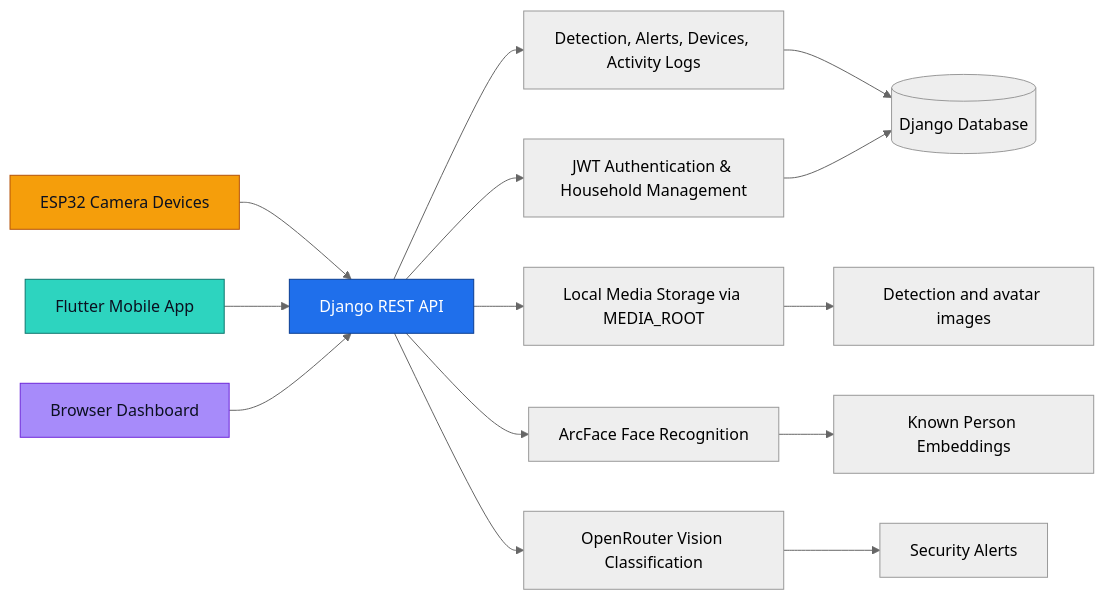
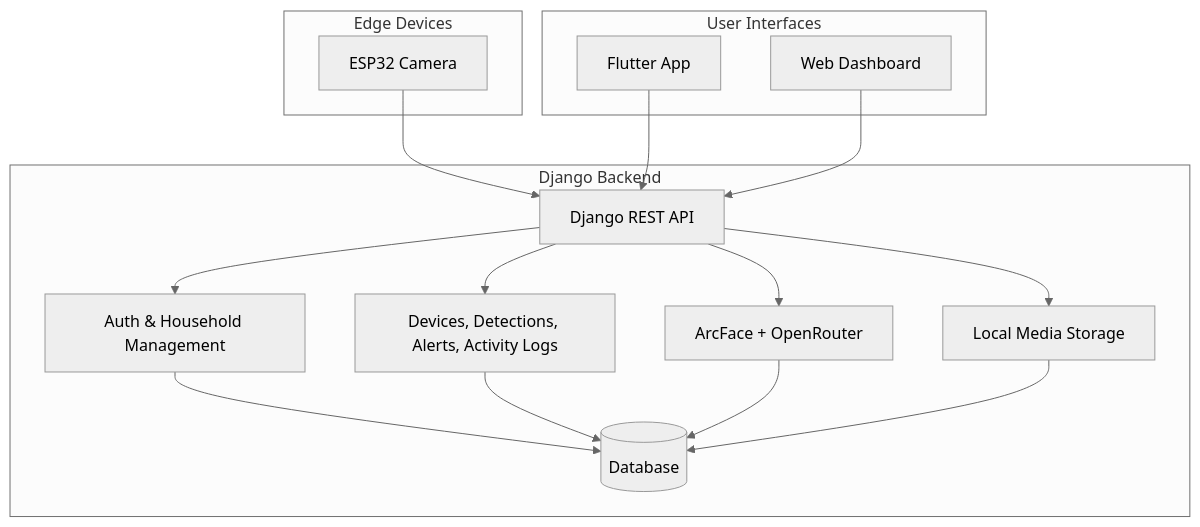
Before and after one commit to ShwetaYadav224/Home-Intrusion-System: the diagram in README.md, drawn with Mermaid (neutral theme). The commit also changed other lines of this file, not shown here.

````diff
--- a/README.md
+++ b/README.md
@@ -32,23 +15,34 @@
 ```mermaid
-flowchart LR
-    ESP32[ESP32 Camera Devices] --> API[Django REST API]
-    Flutter[Flutter Mobile App] --> API
-    Admin[Browser Dashboard] --> API
+flowchart TB
+    subgraph Edge[Edge Devices]
+        ESP32[ESP32 Camera]
+    end
 
-    API --> Auth[JWT Authentication & Household Management]
-    API --> Core[Detection, Alerts, Devices, Activity Logs]
-    API --> Media[Local Media Storage via MEDIA_ROOT]
-    API --> ArcFace[ArcFace Face Recognition]
-    API --> OpenRouter[OpenRouter Vision Classification]
+    subgraph Clients[User Interfaces]
+        Flutter[Flutter App]
+        Dashboard[Web Dashboard]
+    end
 
-    Core --> Database[(Django Database)]
-    Auth --> Database
-    ArcFace --> KnownPersons[Known Person Embeddings]
-    OpenRouter --> Alerts[Security Alerts]
-    Media --> Images[Detection and avatar images]
+    subgraph Backend[Django Backend]
+        API[Django REST API]
+        Auth[Auth & Household Management]
+        Security[Devices, Detections, Alerts, Activity Logs]
+        AI[ArcFace + OpenRouter]
+        Storage[Local Media Storage]
+        DB[(Database)]
+    end
 
-    style API fill:#1f6feb,stroke:#0b3d91,color:#ffffff
-    style Flutter fill:#2dd4bf,stroke:#0f766e,color:#0b1020
-    style ESP32 fill:#f59e0b,stroke:#b45309,color:#0b1020
-    style Admin fill:#a78bfa,stroke:#6d28d9,color:#0b1020
+    ESP32 --> API
+    Flutter --> API
+    Dashboard --> API
+
+    API --> Auth
+    API --> Security
+    API --> AI
+    API --> Storage
+
+    Auth --> DB
+    Security --> DB
+    AI --> DB
+    Storage --> DB
 ```
````
